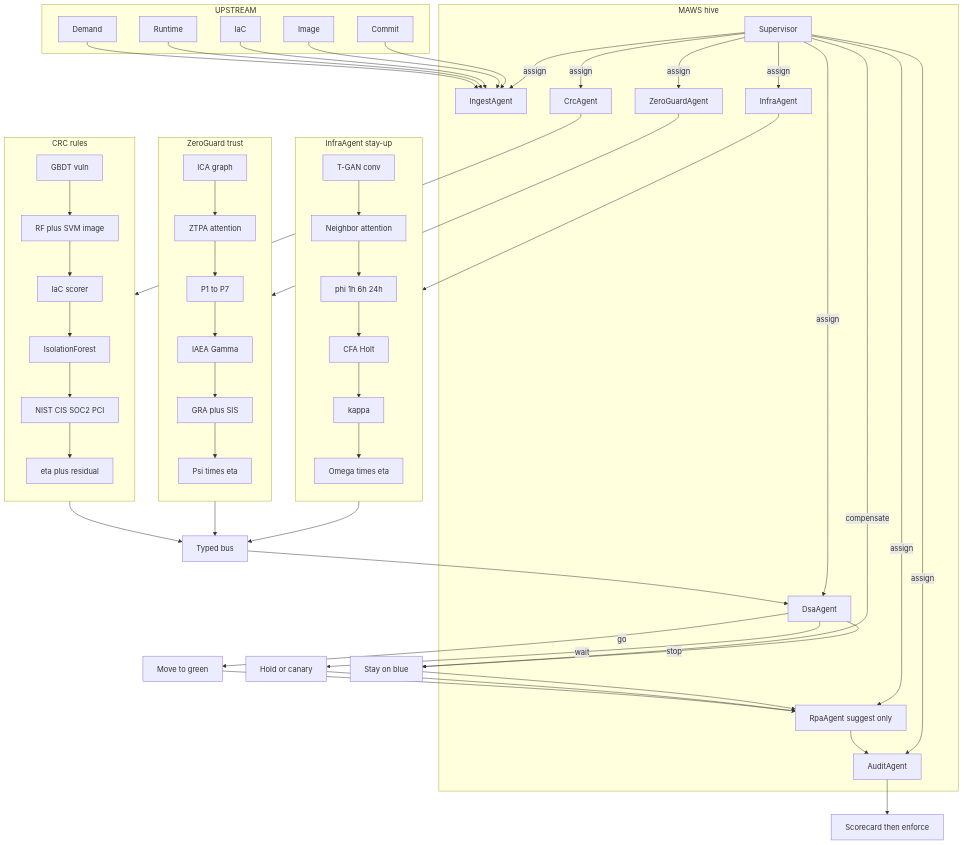
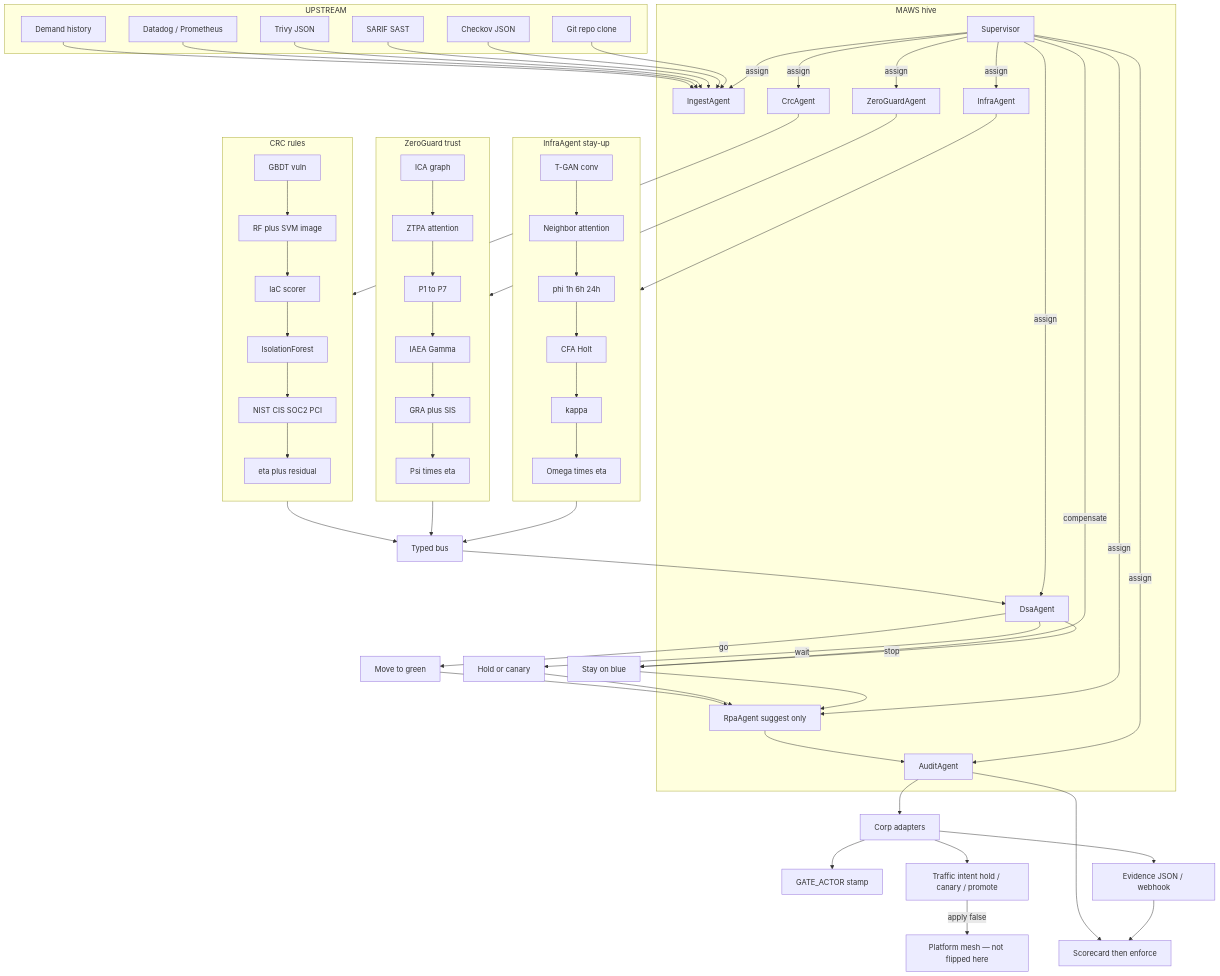
One commit to harishapuri/unifiedframework changed the first of 6 diagrams in ARCHITECTURE.md. Above: the diagram before and after it, drawn with Mermaid. The commit also changed other lines of this file and 17 other files, not shown here.

Commit message:
Ship corporate adapters and refresh architecture diagrams for scanners, hive, and traffic intent.

````diff
--- a/ARCHITECTURE.md
+++ b/ARCHITECTURE.md
@@ -7,11 +7,12 @@
 ```mermaid
 flowchart TB
   subgraph UPSTREAM
-    SRC[Commit]
-    IMG[Image]
-    IAC[IaC]
-    TEL[Runtime]
-    DEM[Demand]
+    GIT[Git repo clone]
+    CKV[Checkov JSON]
+    SARIF[SARIF SAST]
+    TRIVY[Trivy JSON]
+    TEL[Datadog / Prometheus]
+    DEM[Demand history]
   end
 
   subgraph hive [MAWS hive]
@@ -32,9 +33,10 @@
     SUP -->|assign| AUD
   end
 
-  SRC --> IN
-  IMG --> IN
-  IAC --> IN
+  GIT --> IN
+  CKV --> IN
+  SARIF --> IN
+  TRIVY --> IN
   TEL --> IN
   DEM --> IN
 
@@ -80,5 +82,11 @@
   HOLD --> RPA
   GREEN --> RPA
   RPA --> AUD
-  AUD --> SC[Scorecard then enforce]
+  AUD --> CORP[Corp adapters]
+  CORP --> ACT[GATE_ACTOR stamp]
+  CORP --> EV[Evidence JSON / webhook]
+  CORP --> INT[Traffic intent hold / canary / promote]
+  INT -->|apply false| MESH[Platform mesh — not flipped here]
+  EV --> SC[Scorecard then enforce]
+  AUD --> SC
 ```
````
